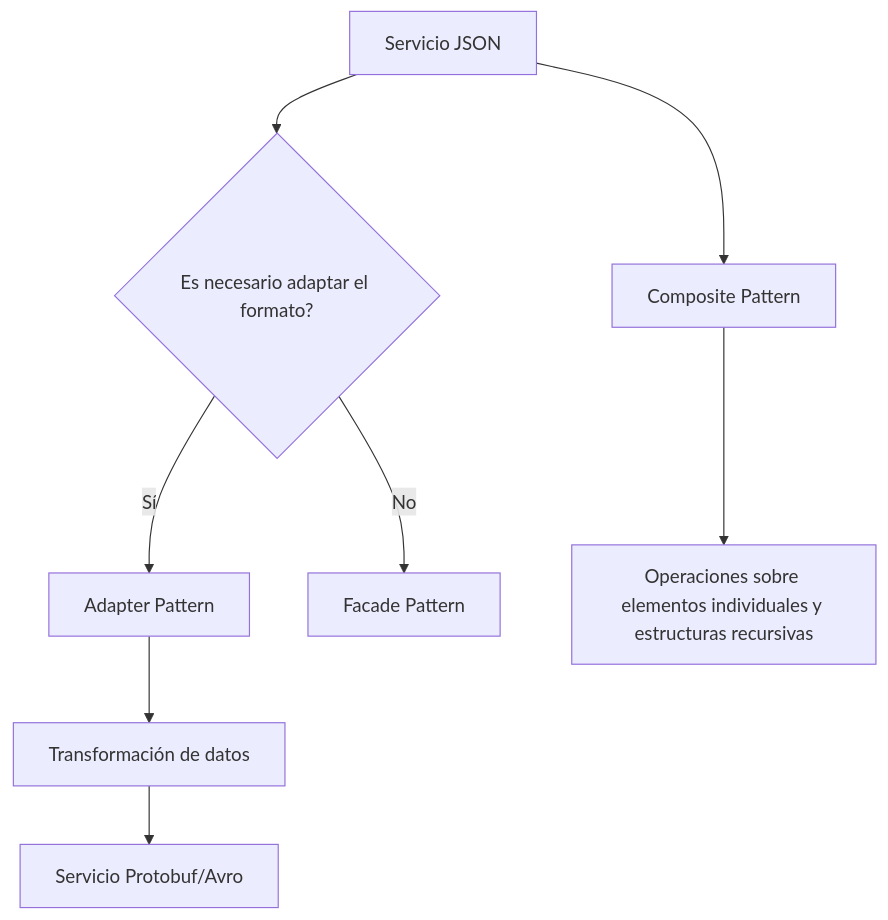
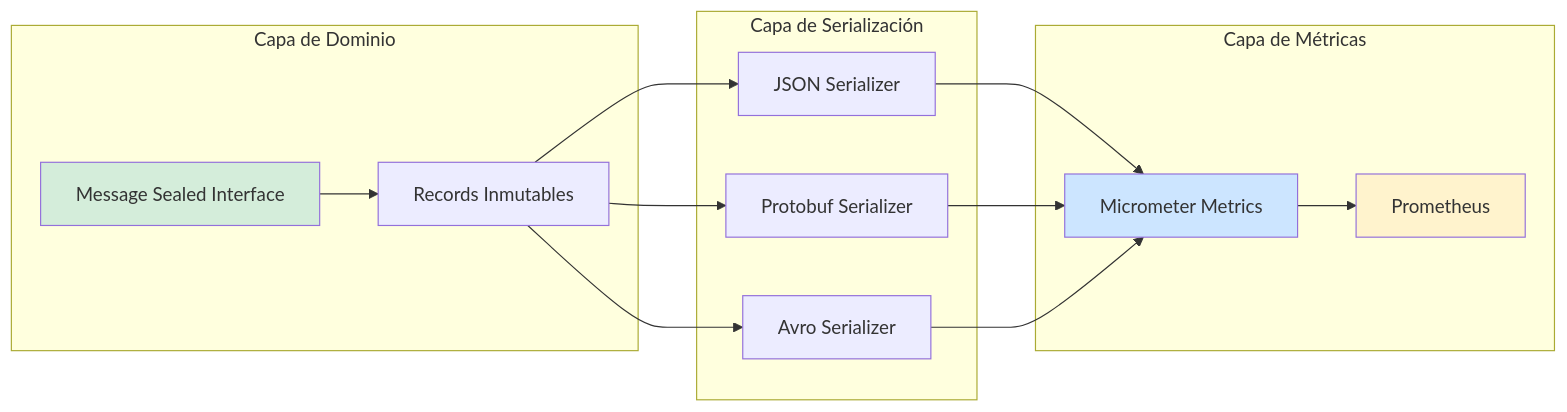
Before and after one commit to Joaquinriosheredia/DAM-Java-Mastery: the second of 3 diagrams in _Review/serializacion_avanzada_json_vs_protobuf_avro/serializacion_avanzada_json_vs_protobuf_avro.md, drawn with Mermaid. The commit also changed other lines of this file, not shown here.

Commit message:
serializacion avanzada json vs protobuf avro

````diff
--- a/_Review/serializacion_avanzada_json_vs_protobuf_avro/serializacion_avanzada_json_vs_protobuf_avro.md
+++ b/_Review/serializacion_avanzada_json_vs_protobuf_avro/serializacion_avanzada_json_vs_protobuf_avro.md
@@ -476,12 +141,31 @@
 ```mermaid
-graph TD
-    A[Servicio JSON] --> B{Es necesario adaptar el formato?}
-    B -- Sí --> C[Adapter Pattern]
-    B -- No --> D[Facade Pattern]
+graph LR
+    subgraph "Capa de Dominio"
+        MSG[Message Sealed Interface]
+        REC[Records Inmutables]
+    end
     
-    C --> E[Transformación de datos] 
-    E --> F[Servicio Protobuf/Avro]
-
-    A --> G[Composite Pattern]
-    G --> H[Operaciones sobre elementos individuales y estructuras recursivas]
+    subgraph "Capa de Serialización"
+        JSON[JSON Serializer]
+        PB[Protobuf Serializer]
+        AVRO[Avro Serializer]
+    end
+    
+    subgraph "Capa de Métricas"
+        MET[Micrometer Metrics]
+        PROM[Prometheus]
+    end
+    
+    MSG --> REC
+    REC --> JSON
+    REC --> PB
+    REC --> AVRO
+    JSON --> MET
+    PB --> MET
+    AVRO --> MET
+    MET --> PROM
+    
+    style MSG fill:#d4edda
+    style MET fill:#cce5ff
+    style PROM fill:#fff3cd
 ```
````
